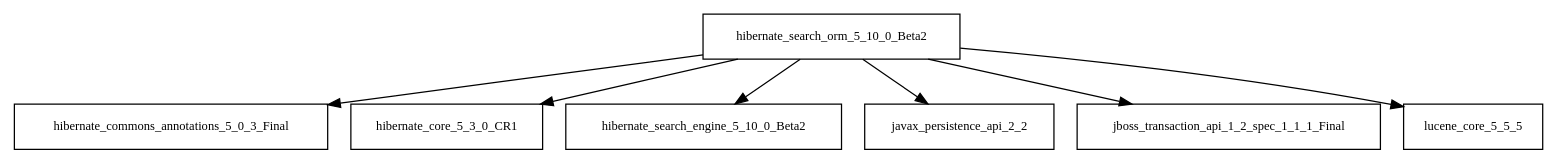
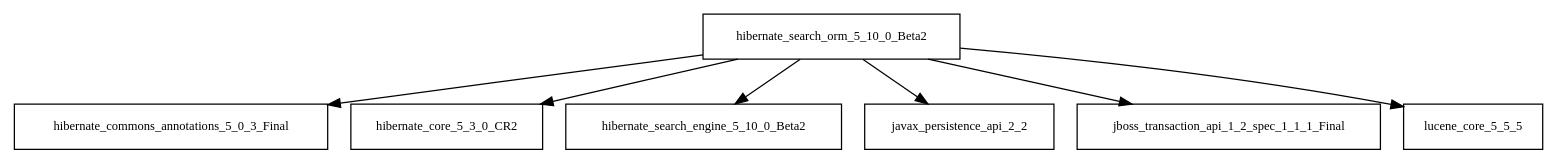
The diagram in tattleTaleReport/graphviz/hibernate-search-orm-5.10.0.Beta2.jar/hibernate-search-orm-5.10.0.Beta2.jar.dot (sjvs/cia), drawn with Graphviz before and after one commit. The commit also changed 1764 other files, not shown here.

```diff
--- a/tattleTaleReport/graphviz/hibernate-search-orm-5.10.0.Beta2.jar/hibernate-search-orm-5.10.0.Beta2.jar.dot
+++ b/tattleTaleReport/graphviz/hibernate-search-orm-5.10.0.Beta2.jar/hibernate-search-orm-5.10.0.Beta2.jar.dot
@@ -1,9 +1,9 @@
 digraph hibernate_search_orm_5_10_0_Beta2_dependencies {
   node [shape = box, fontsize=10.0];
   hibernate_search_orm_5_10_0_Beta2 -> hibernate_commons_annotations_5_0_3_Final;
-  hibernate_search_orm_5_10_0_Beta2 -> hibernate_core_5_3_0_CR1;
+  hibernate_search_orm_5_10_0_Beta2 -> hibernate_core_5_3_0_CR2;
   hibernate_search_orm_5_10_0_Beta2 -> hibernate_search_engine_5_10_0_Beta2;
   hibernate_search_orm_5_10_0_Beta2 -> javax_persistence_api_2_2;
   hibernate_search_orm_5_10_0_Beta2 -> jboss_transaction_api_1_2_spec_1_1_1_Final;
   hibernate_search_orm_5_10_0_Beta2 -> lucene_core_5_5_5;
 }
```
